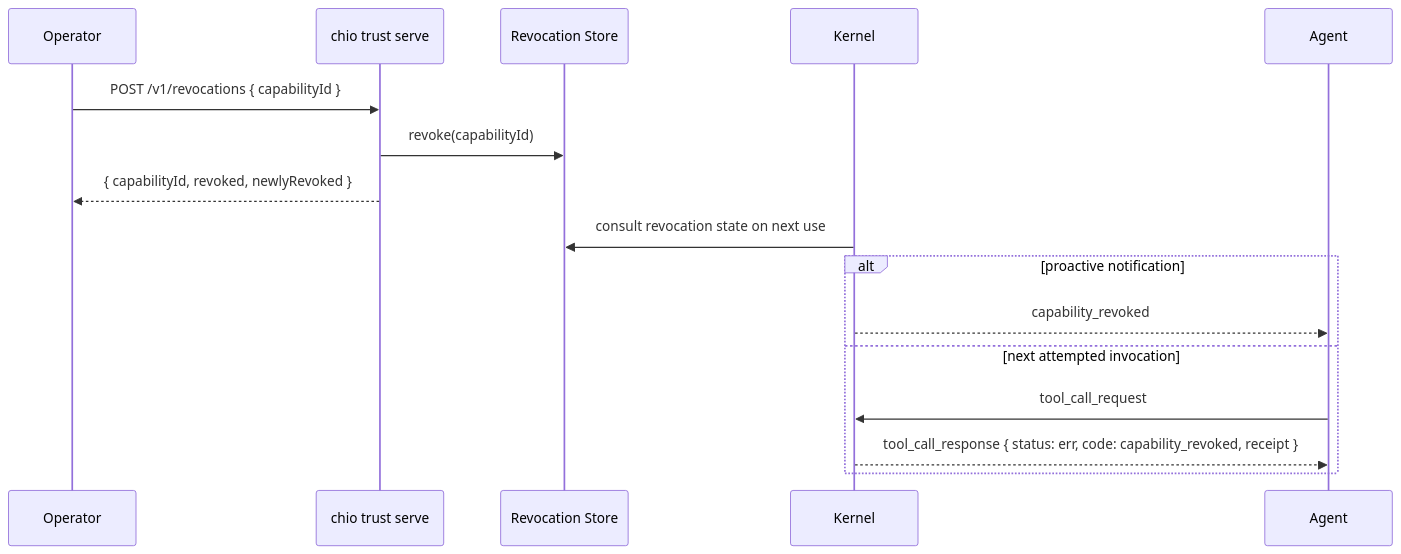
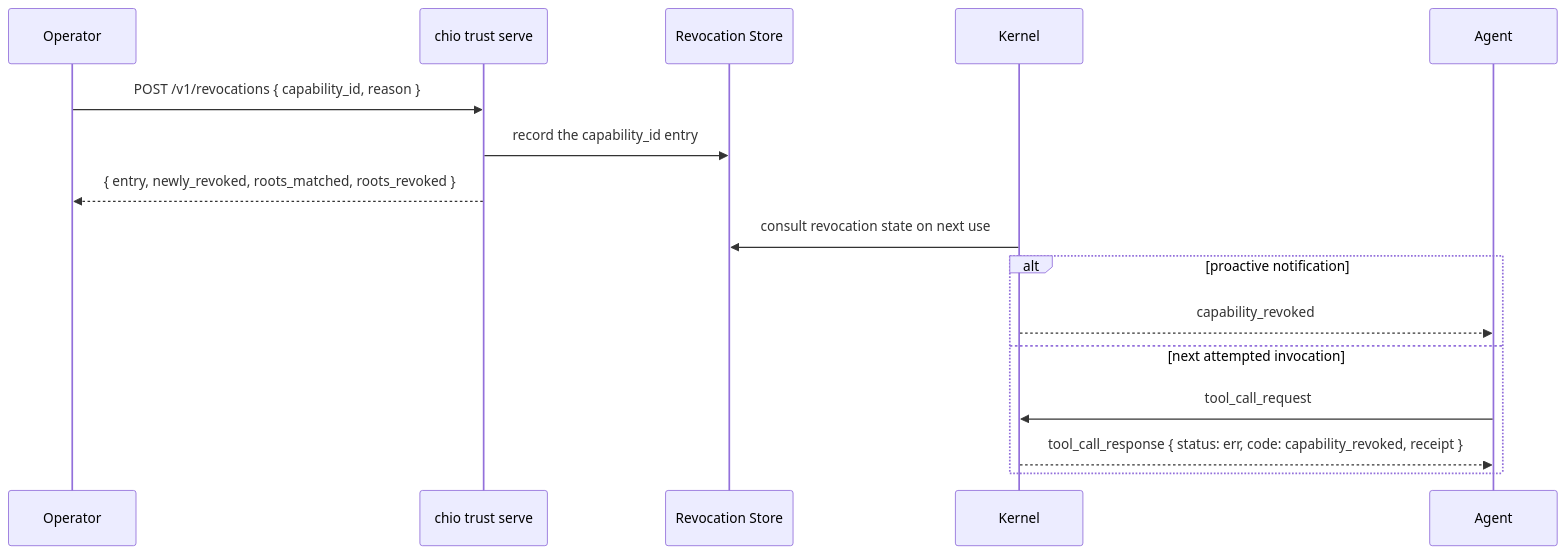
The fifth of 6 diagrams in spec/WIRE_PROTOCOL.md (bb-connor/arc), drawn with Mermaid before and after one commit. The commit also changed other lines of this file and 8 other files, not shown here.

````diff
--- a/spec/WIRE_PROTOCOL.md
+++ b/spec/WIRE_PROTOCOL.md
@@ -702,19 +712,19 @@
 ```mermaid
 sequenceDiagram
     participant Operator
     participant Trust as chio trust serve
     participant Store as Revocation Store
     participant Kernel
     participant Agent
 
-    Operator->>Trust: POST /v1/revocations { capabilityId }
-    Trust->>Store: revoke(capabilityId)
-    Trust-->>Operator: { capabilityId, revoked, newlyRevoked }
+    Operator->>Trust: POST /v1/revocations { capability_id, reason }
+    Trust->>Store: record the capability_id entry
+    Trust-->>Operator: { entry, newly_revoked, roots_matched, roots_revoked }
     Kernel->>Store: consult revocation state on next use
     alt proactive notification
         Kernel-->>Agent: capability_revoked
     else next attempted invocation
         Agent->>Kernel: tool_call_request
         Kernel-->>Agent: tool_call_response { status: err, code: capability_revoked, receipt }
     end
 ```
````
